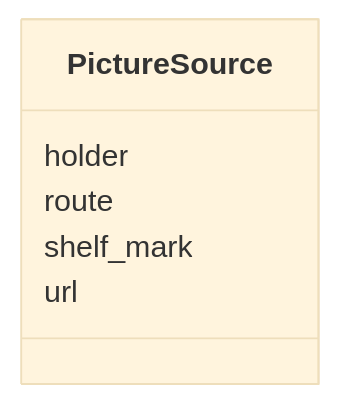
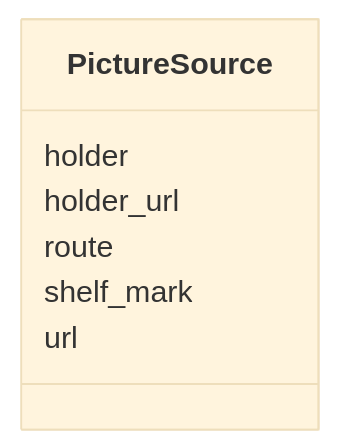
The diagram in linkml/generated/docs/pages/PictureSource.md (dsmedia/pruzhany-schema), drawn with Mermaid (base theme) before and after one commit. The commit also changed other lines of this file and 33 other files, not shown here.

First line of the commit message:
Add optional holder_url to shared picture credits

````diff
--- a/linkml/generated/docs/pages/PictureSource.md
+++ b/linkml/generated/docs/pages/PictureSource.md
@@ -23,14 +23,16 @@
 ```mermaid
  classDiagram
     class PictureSource
     click PictureSource href "../PictureSource/"
       PictureSource : holder
+        
+      PictureSource : holder_url
         
       PictureSource : route
         
       PictureSource : shelf_mark
         
       PictureSource : url
         
       
 ```
````
